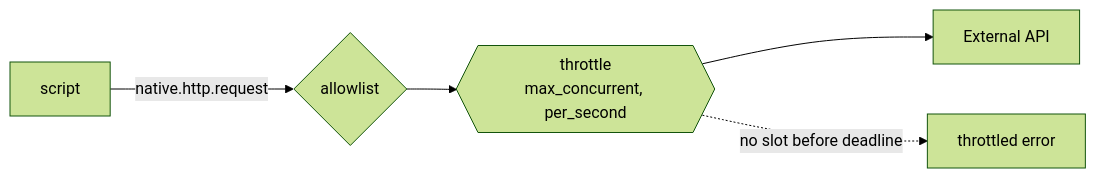
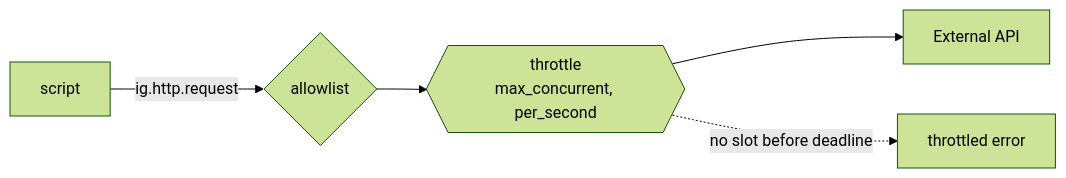
The ninth of 15 diagrams in docs/patterns.md (vivainio/integraal), drawn with Mermaid (forest theme) before and after one commit. The commit also changed other lines of this file and 104 other files, not shown here.

Commit message:
Split core API from versioned native pattern imports

````diff
--- a/docs/patterns.md
+++ b/docs/patterns.md
@@ -113,5 +113,5 @@
 ```mermaid
 flowchart LR
-    S[script] -->|native.http.request| A{allowlist} --> T{{"throttle<br/>max_concurrent, per_second"}} --> X[External API]
+    S[script] -->|ig.http.request| A{allowlist} --> T{{"throttle<br/>max_concurrent, per_second"}} --> X[External API]
     T -. no slot before deadline .-> E[throttled error]
 ```
````
